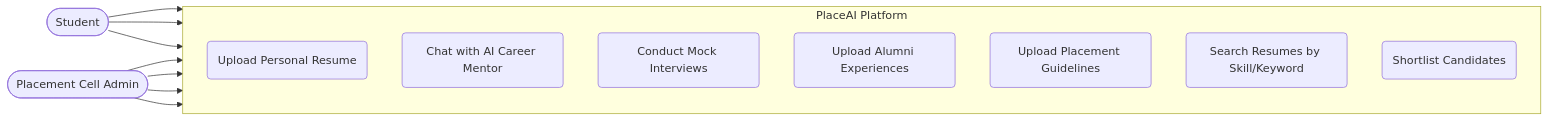
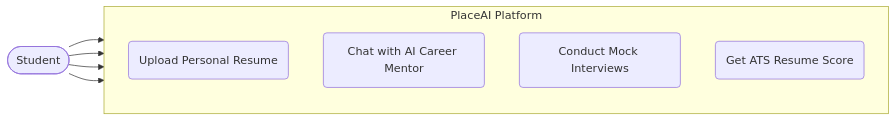
The seventh of 7 diagrams in README.md (Mounikaishu/RAG_play_ground), drawn with Mermaid before and after one commit. The commit also changed other lines of this file and 28 other files, not shown here.

Commit message:
aswer is student specific  only when resume uploade

````diff
--- a/README.md
+++ b/README.md
@@ -211,29 +179,20 @@
 ```mermaid
 flowchart LR
     %% Actors
     Student([Student])
-    Admin([Placement Cell Admin])
 
     %% System Boundary
     subgraph PlaceAI Platform
         direction TB
         UC1(Upload Personal Resume)
         UC2(Chat with AI Career Mentor)
         UC3(Conduct Mock Interviews)
-        
-        UC4(Upload Alumni Experiences)
-        UC5(Upload Placement Guidelines)
-        UC6(Search Resumes by Skill/Keyword)
-        UC7(Shortlist Candidates)
+        UC4(Get ATS Resume Score)
     end
 
     %% Relationships
     Student --> UC1
     Student --> UC2
     Student --> UC3
-
-    Admin --> UC4
-    Admin --> UC5
-    Admin --> UC6
-    Admin --> UC7
+    Student --> UC4
 ```
````
